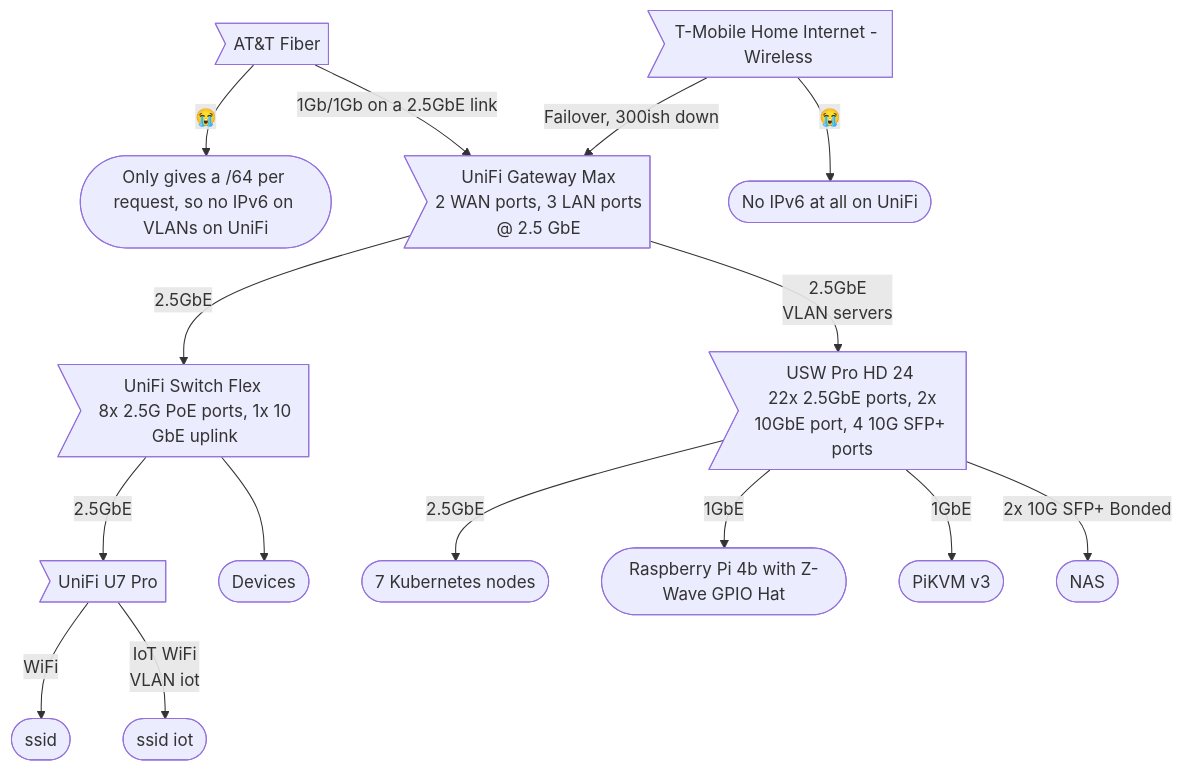
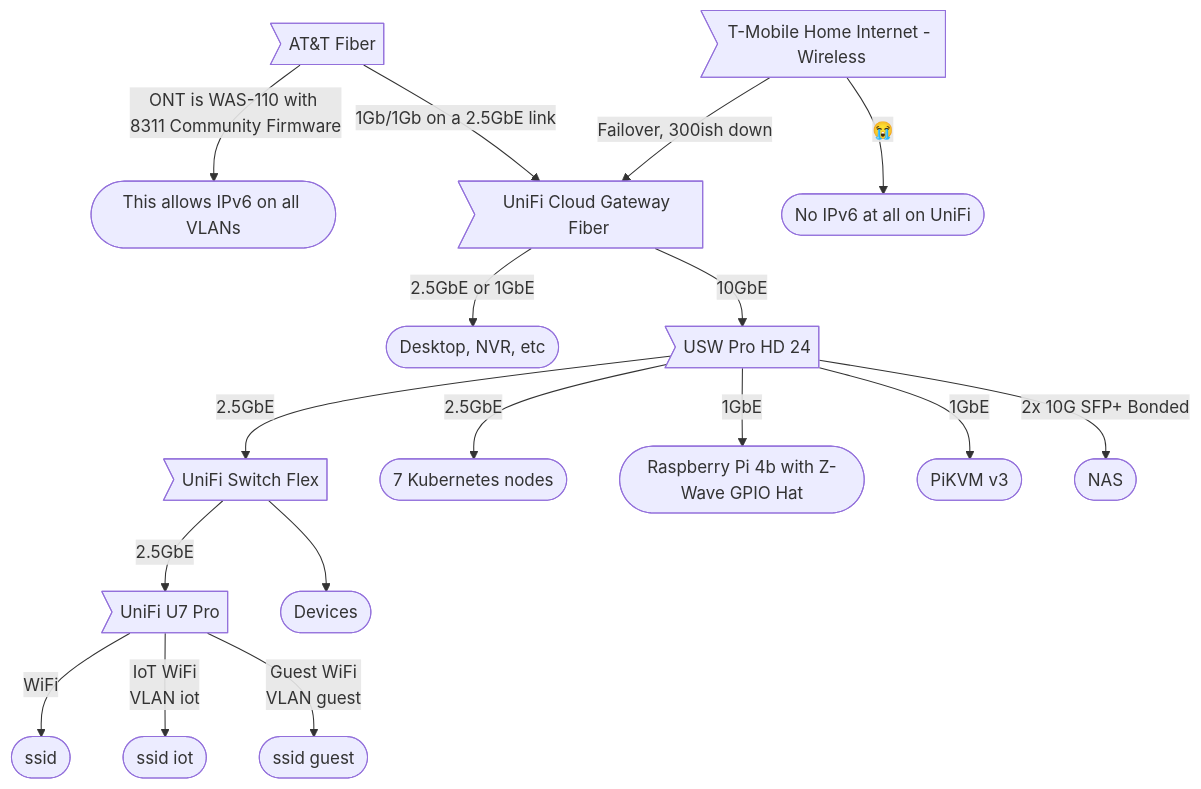
The second of 3 diagrams in README.md (tholinka/home-ops), drawn with Mermaid before and after one commit. The commit also changed other lines of this file and 5 other files, not shown here.

````diff
--- a/README.md
+++ b/README.md
@@ -107,22 +107,24 @@
 ```mermaid
 graph TD
   A>AT&T Fiber]
-  A --> |😭|A1([Only gives a /64 per request, so no IPv6 on VLANs on UniFi])
+  A --> |ONT is WAS-110 with 8311 Community Firmware| A1([This allows IPv6 on all VLANs])
   A --> |1Gb/1Gb on a 2.5GbE link| R
   B>T-Mobile Home Internet - Wireless] --> |Failover, 300ish down| R
   B --> |😭|B1([No IPv6 at all on UniFi])
-  R>UniFi Gateway Max <br> 2 WAN ports, 3 LAN ports <br> @ 2.5 GbE]
-  R --> |2.5GbE| S1
-  R --> |2.5GbE<br>VLAN servers| S2
-  S1>UniFi Switch Flex <br> 8x 2.5G PoE ports, 1x 10 GbE uplink]
-  S2>USW Pro HD 24 <br> 22x 2.5GbE ports, 2x 10GbE port, 4 10G SFP+ ports]
+  R>UniFi Cloud Gateway Fiber]
+  R --> |2.5GbE or 1GbE| DESK([Desktop, NVR, etc])
+  S2 --> |2.5GbE| S1
+  R --> |10GbE| S2
+  S1>UniFi Switch Flex]
+  S2>USW Pro HD 24]
   S1 --> |2.5GbE| W
   W>UniFi U7 Pro]
   W --> |WiFi|W1([ssid])
   W --> |IoT WiFi<br>VLAN iot|W2([ssid iot])
+    W --> |Guest WiFi<br>VLAN guest|W3([ssid guest])
   S1 --> D([Devices])
   S2 -->|2.5GbE| K([7 Kubernetes nodes])
   S2 -->|1GbE| P([Raspberry Pi 4b with Z-Wave GPIO Hat])
   S2 -->|1GbE| KVM([PiKVM v3])
   S2 --> |2x 10G SFP+ Bonded| N([NAS])
 ```
````
